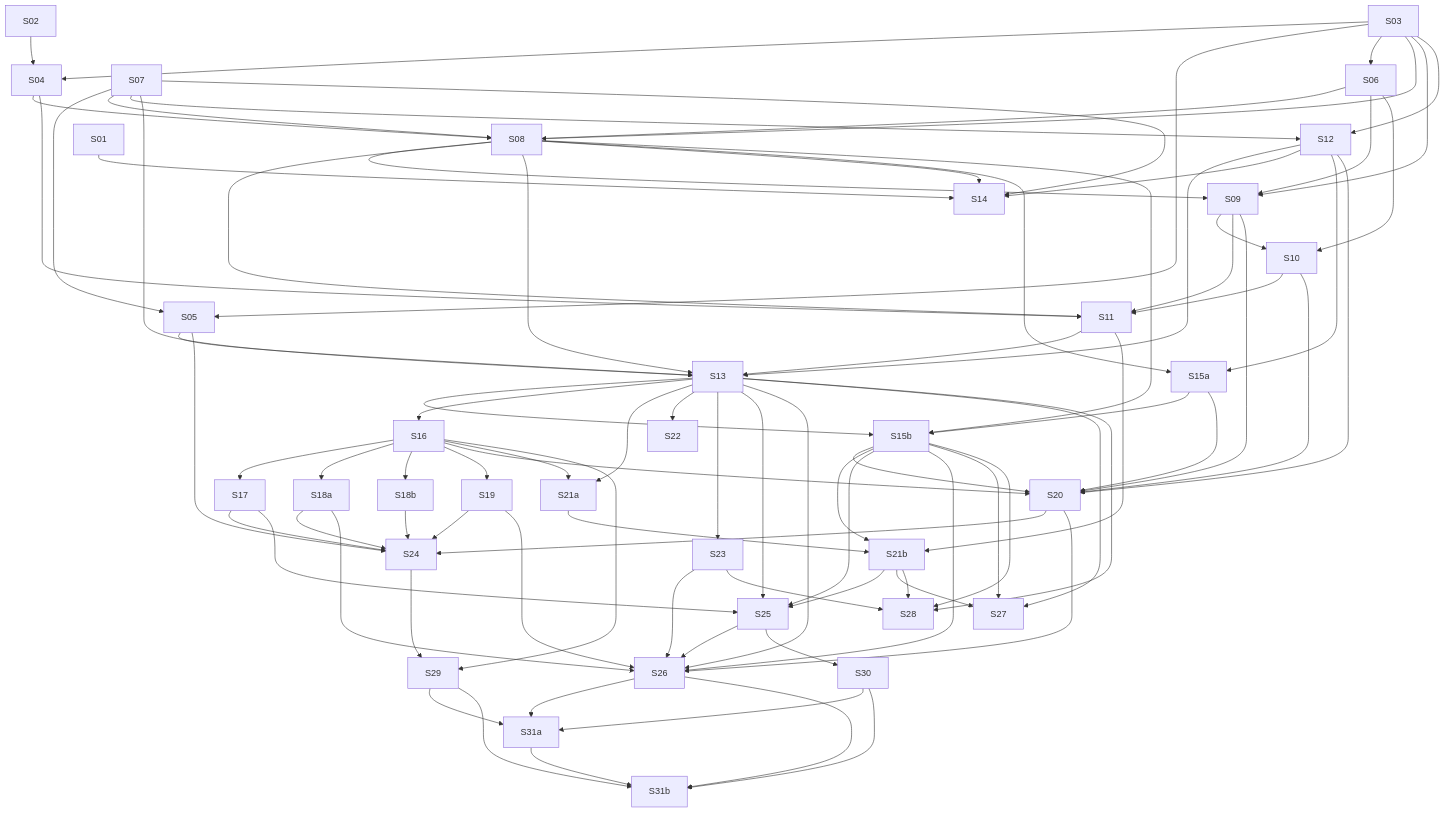
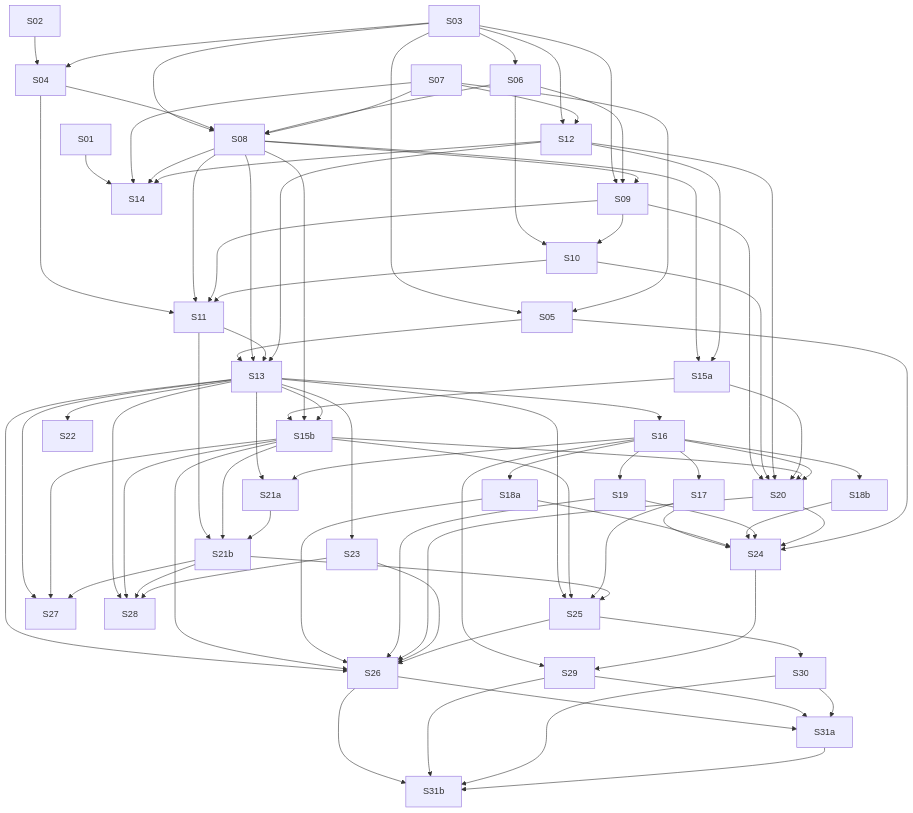
Before and after one commit to lmmoreira/ikaro: the diagram in plan/M25-TENANT-BILLING-FOUNDATION.md, drawn with Mermaid. The commit also changed other lines of this file and 23 other files, not shown here.

```diff
--- a/plan/M25-TENANT-BILLING-FOUNDATION.md
+++ b/plan/M25-TENANT-BILLING-FOUNDATION.md
@@ -97,7 +97,6 @@
   S03 --> S12
   S07 --> S12
   S05 --> S13
-  S07 --> S13
   S08 --> S13
   S11 --> S13
   S12 --> S13
```
